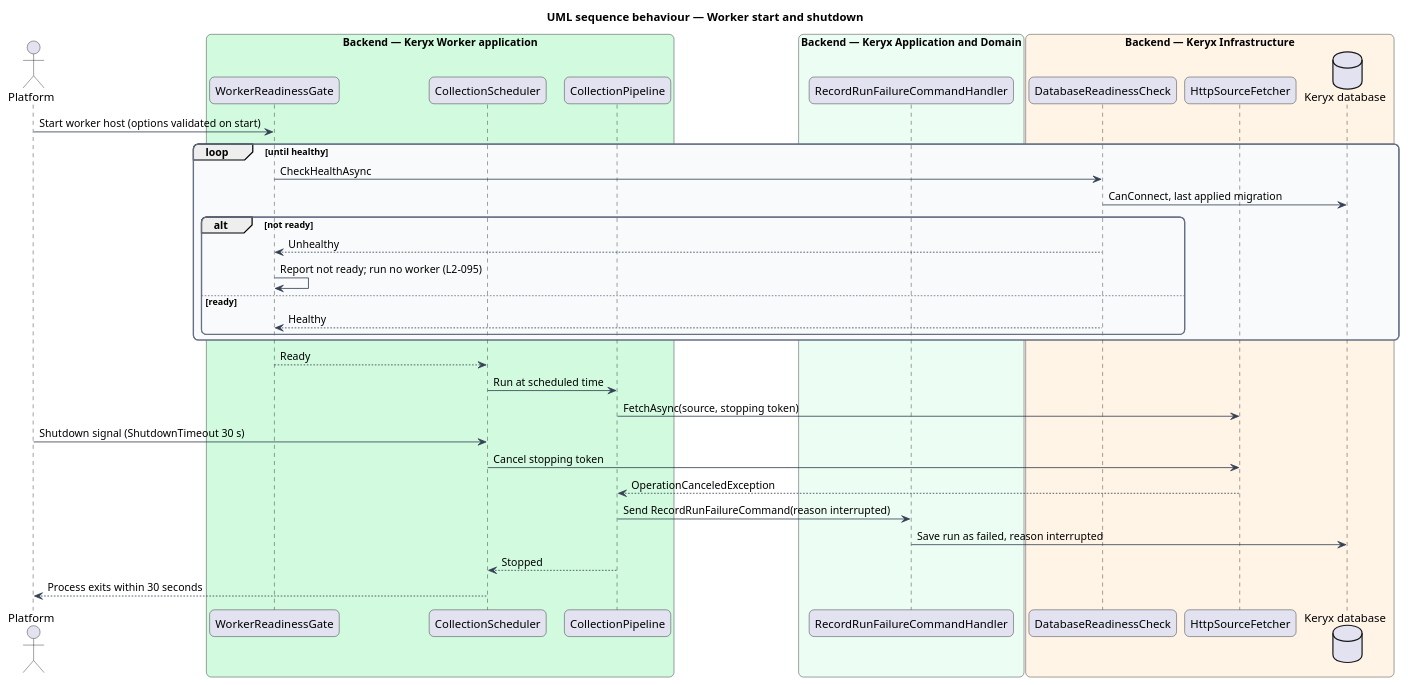
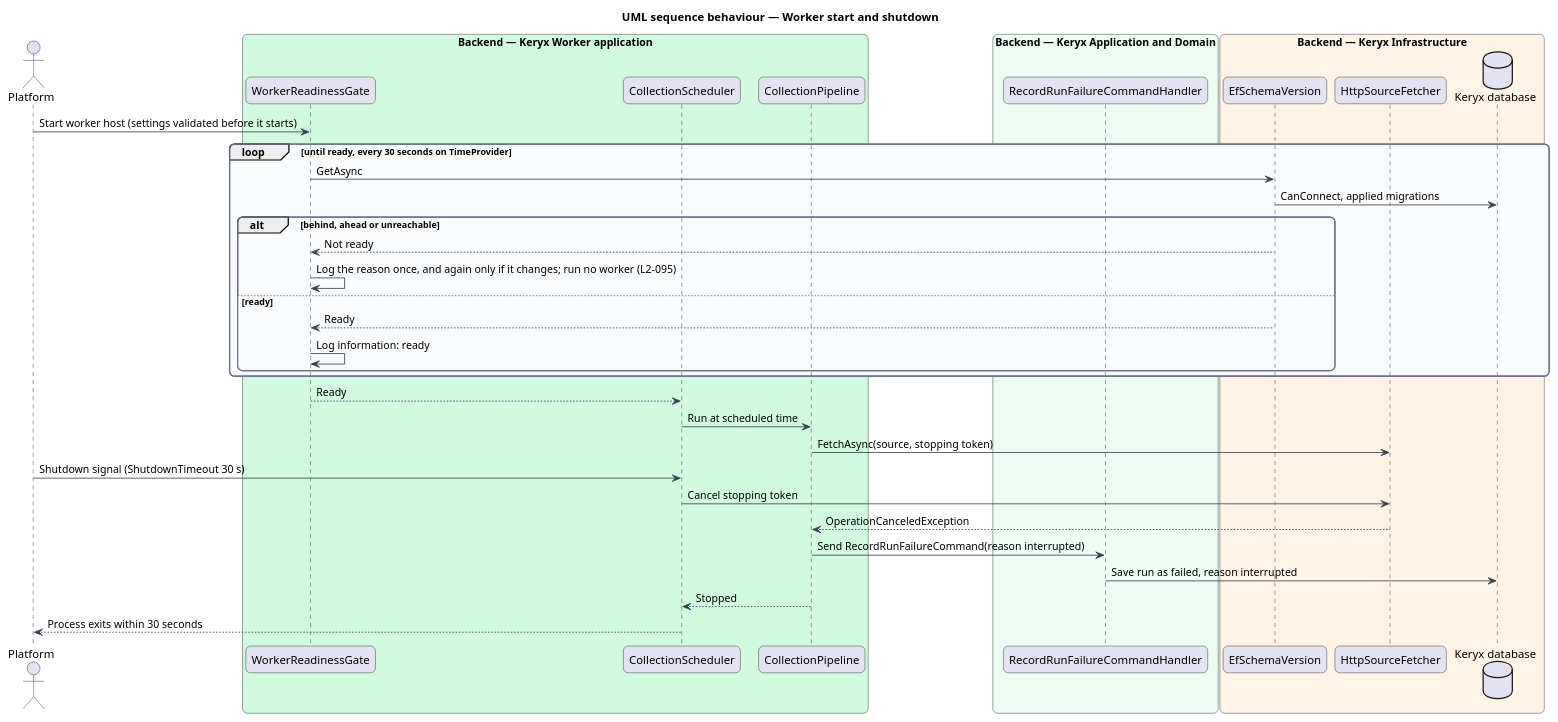
Before and after one commit to QuinntyneBrown/keryx: the diagram in docs/detailed-designs/operations/health-migrations-and-configuration/diagrams/sequence-worker-lifecycle.puml, drawn with PlantUML. The commit also changed 17 other files, not shown here.

```diff
--- a/docs/detailed-designs/operations/health-migrations-and-configuration/diagrams/sequence-worker-lifecycle.puml
+++ b/docs/detailed-designs/operations/health-migrations-and-configuration/diagrams/sequence-worker-lifecycle.puml
@@ -1,52 +1,53 @@
 @startuml
 title UML sequence behaviour — Worker start and shutdown
 skinparam backgroundColor #FFFFFF
 skinparam shadowing false
 skinparam roundcorner 12
 skinparam defaultFontName Arial
 skinparam ArrowColor #344054
 skinparam rectangle {
   BorderColor #344054
   FontColor #101828
 }
 skinparam package {
   BorderColor #667085
   FontColor #101828
   BackgroundColor #F9FAFB
 }
 actor "Platform" as plat
 box "Backend — Keryx Worker application" #D1FADF
   participant "WorkerReadinessGate" as gate
   participant "CollectionScheduler" as sched
   participant "CollectionPipeline" as pipe
 end box
 box "Backend — Keryx Application and Domain" #ECFDF3
   participant "RecordRunFailureCommandHandler" as fail
 end box
 box "Backend — Keryx Infrastructure" #FFF4E5
-  participant "DatabaseReadinessCheck" as check
+  participant "EfSchemaVersion" as schema
   participant "HttpSourceFetcher" as fetch
   database "Keryx database" as db
 end box
-plat -> gate : Start worker host (options validated on start)
-loop until healthy
-  gate -> check : CheckHealthAsync
-  check -> db : CanConnect, last applied migration
-  alt not ready
-    check --> gate : Unhealthy
-    gate -> gate : Report not ready; run no worker (L2-095)
+plat -> gate : Start worker host (settings validated before it starts)
+loop until ready, every 30 seconds on TimeProvider
+  gate -> schema : GetAsync
+  schema -> db : CanConnect, applied migrations
+  alt behind, ahead or unreachable
+    schema --> gate : Not ready
+    gate -> gate : Log the reason once, and again only if it changes; run no worker (L2-095)
   else ready
-    check --> gate : Healthy
+    schema --> gate : Ready
+    gate -> gate : Log information: ready
   end
 end
 gate --> sched : Ready
 sched -> pipe : Run at scheduled time
 pipe -> fetch : FetchAsync(source, stopping token)
 plat -> sched : Shutdown signal (ShutdownTimeout 30 s)
 sched -> fetch : Cancel stopping token
 fetch --> pipe : OperationCanceledException
 pipe -> fail : Send RecordRunFailureCommand(reason interrupted)
 fail -> db : Save run as failed, reason interrupted
 pipe --> sched : Stopped
 sched --> plat : Process exits within 30 seconds
 @enduml
```
